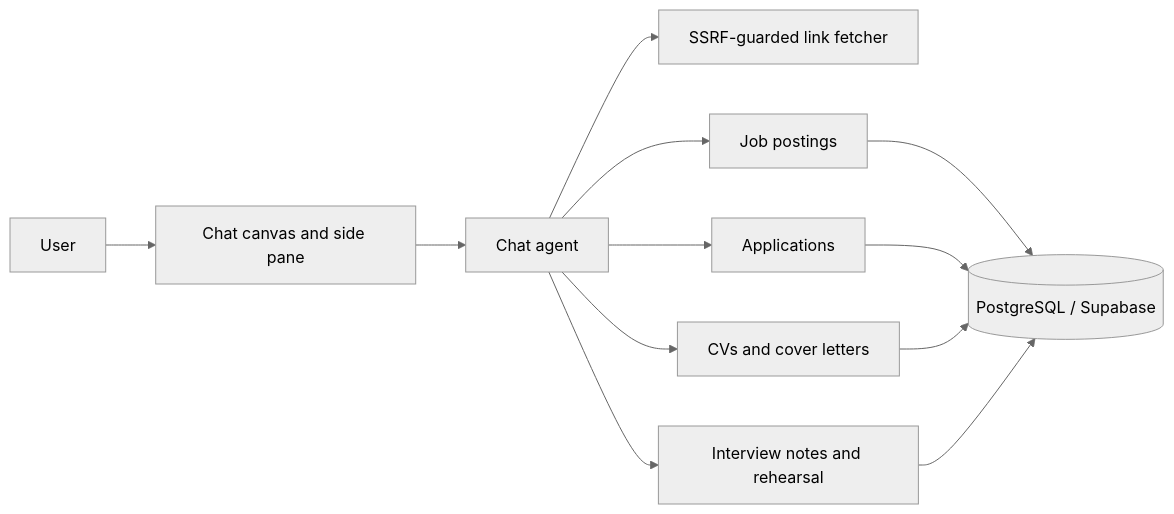
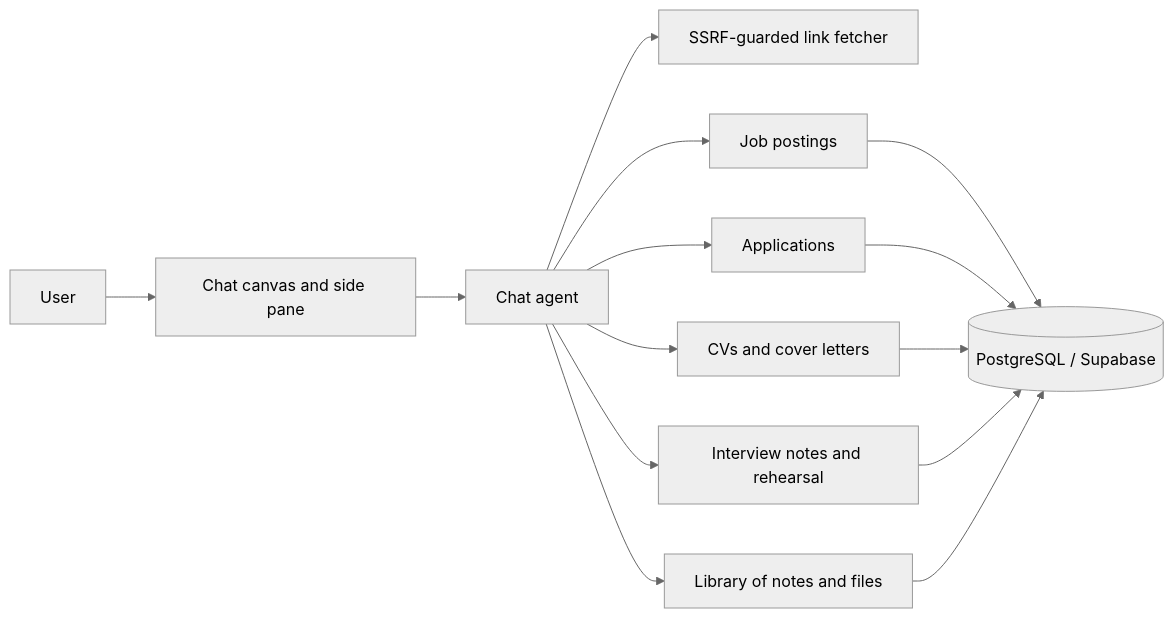
One commit to binartist/about-me changed the diagram in src/en/products/briefed.md. Above: the diagram before and after it, drawn with Mermaid (neutral theme). The commit also changed other lines of this file and 1 other file, not shown here.

````diff
--- a/src/en/products/briefed.md
+++ b/src/en/products/briefed.md
@@ -12,14 +12,16 @@
 ```mermaid
 flowchart LR
   User[User] --> Canvas[Chat canvas and side pane]
   Canvas --> Chat[Chat agent]
   Chat --> Fetch[SSRF-guarded link fetcher]
   Chat --> Postings[Job postings]
   Chat --> Apps[Applications]
   Chat --> Docs[CVs and cover letters]
   Chat --> Prep[Interview notes and rehearsal]
+  Chat --> Lib[Library of notes and files]
   Postings --> DB[(PostgreSQL / Supabase)]
   Apps --> DB
   Docs --> DB
   Prep --> DB
+  Lib --> DB
 ```
````
